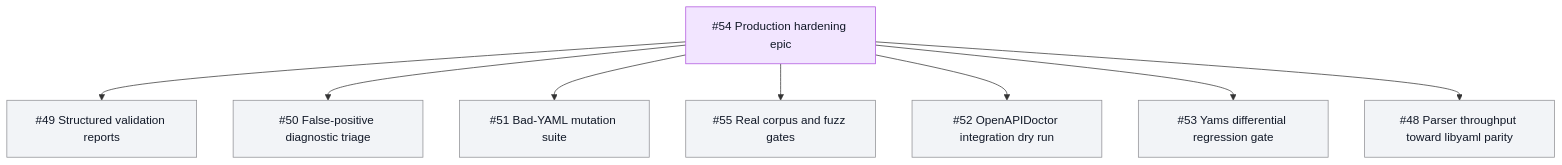
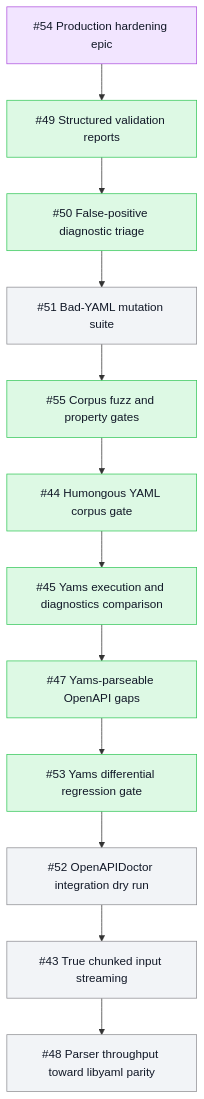
One commit to mihaelamj/PureYAML changed the second of 2 diagrams in README.md. Above: the diagram before and after it, drawn with Mermaid. The commit also changed other lines of this file and 43 other files, not shown here.

First line of the commit message:
feat(parser): harden diagnostics and streaming

````diff
--- a/README.md
+++ b/README.md
@@ -49,22 +52,30 @@
 ```mermaid
 flowchart TB
   classDef done fill:#ddf9e4,stroke:#34c759,color:#111827
   classDef review fill:#fff7d6,stroke:#ffcc00,color:#111827
   classDef epic fill:#f2e5ff,stroke:#af52de,color:#111827
   classDef todo fill:#f2f4f7,stroke:#8e8e93,color:#111827
   E54["#54 Production hardening epic"]:::epic
-  I49["#49 Structured validation reports"]:::todo
-  I50["#50 False-positive diagnostic triage"]:::todo
+  I49["#49 Structured validation reports"]:::done
+  I50["#50 False-positive diagnostic triage"]:::done
   I51["#51 Bad-YAML mutation suite"]:::todo
-  I55["#55 Real corpus and fuzz gates"]:::todo
+  I55["#55 Corpus fuzz and property gates"]:::done
+  I44["#44 Humongous YAML corpus gate"]:::done
+  I45["#45 Yams execution and diagnostics comparison"]:::done
+  I47["#47 Yams-parseable OpenAPI gaps"]:::done
   I52["#52 OpenAPIDoctor integration dry run"]:::todo
-  I53["#53 Yams differential regression gate"]:::todo
+  I53["#53 Yams differential regression gate"]:::done
+  I43["#43 True chunked input streaming"]:::todo
   I48["#48 Parser throughput toward libyaml parity"]:::todo
   E54 --> I49
-  E54 --> I50
-  E54 --> I51
-  E54 --> I55
-  E54 --> I52
-  E54 --> I53
-  E54 --> I48
+  I49 --> I50
+  I50 --> I51
+  I51 --> I55
+  I55 --> I44
+  I44 --> I45
+  I45 --> I47
+  I47 --> I53
+  I53 --> I52
+  I52 --> I43
+  I43 --> I48
 ```
````
